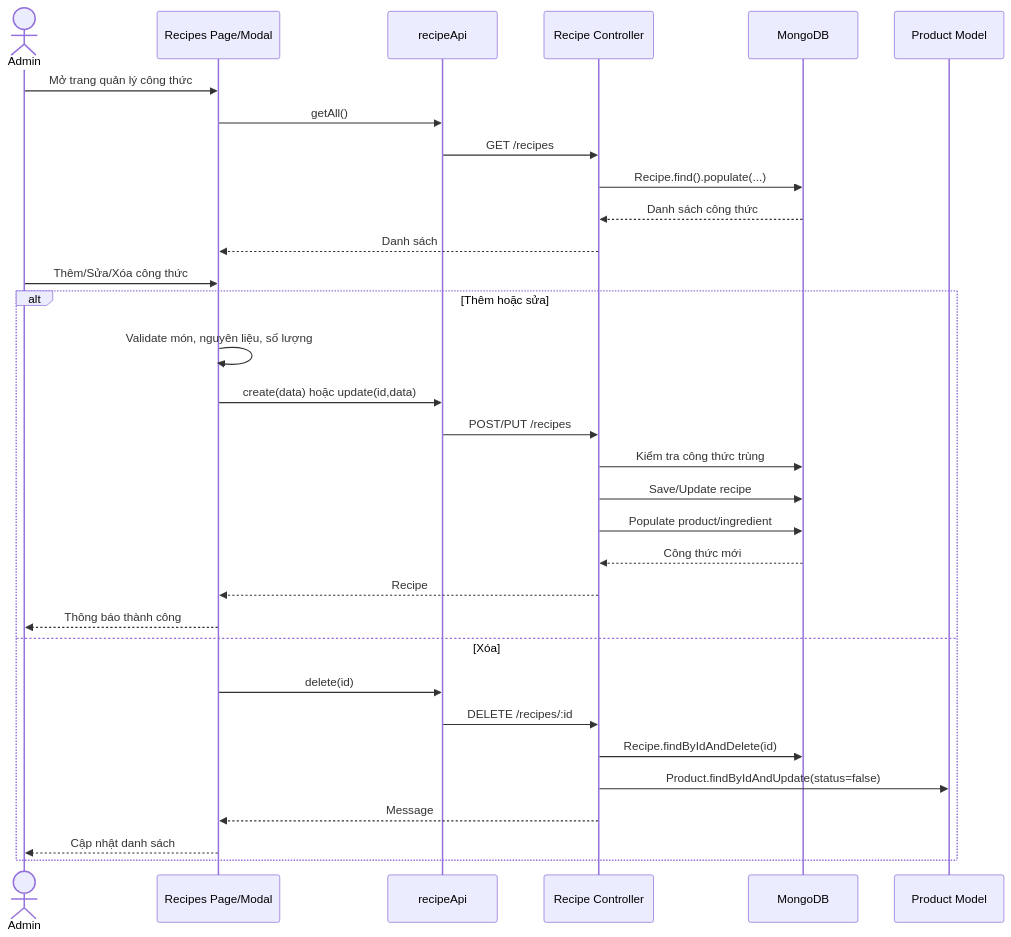
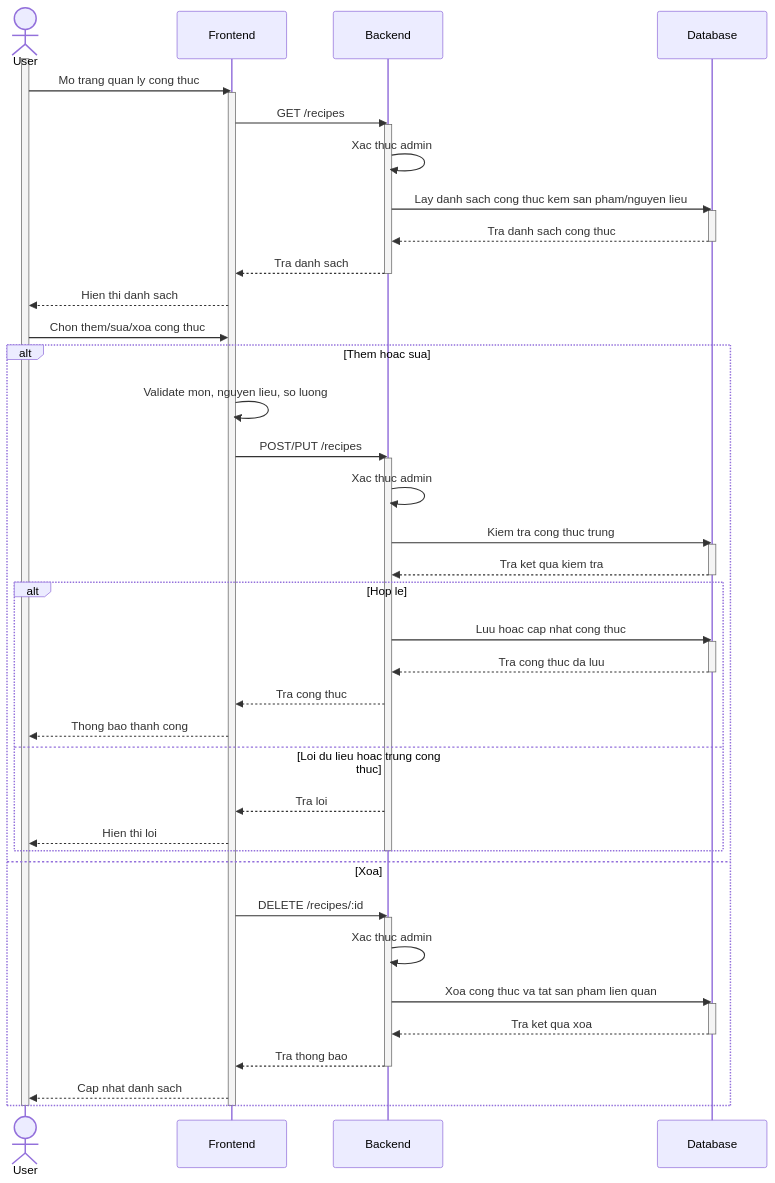
Before and after one commit to Pvmvn/BE-CDTN: diagram 13 of 48 in docs/usecase-dac-ta-chuc-nang-con-lai.md, drawn with Mermaid. The commit also changed other lines of this file and 32 other files, not shown here.

````diff
--- a/docs/usecase-dac-ta-chuc-nang-con-lai.md
+++ b/docs/usecase-dac-ta-chuc-nang-con-lai.md
@@ -187,34 +1334,58 @@
 ```mermaid
 sequenceDiagram
-  actor Admin as Admin
-  participant FE as Recipes Page/Modal
-  participant API as recipeApi
-  participant RecipeCtrl as Recipe Controller
-  participant DB as MongoDB
-  participant Product as Product Model
-  Admin->>FE: Mở trang quản lý công thức
-  FE->>API: getAll()
-  API->>RecipeCtrl: GET /recipes
-  RecipeCtrl->>DB: Recipe.find().populate(...)
-  DB-->>RecipeCtrl: Danh sách công thức
-  RecipeCtrl-->>FE: Danh sách
-  Admin->>FE: Thêm/Sửa/Xóa công thức
-  alt Thêm hoặc sửa
-    FE->>FE: Validate món, nguyên liệu, số lượng
-    FE->>API: create(data) hoặc update(id,data)
-    API->>RecipeCtrl: POST/PUT /recipes
-    RecipeCtrl->>DB: Kiểm tra công thức trùng
-    RecipeCtrl->>DB: Save/Update recipe
-    RecipeCtrl->>DB: Populate product/ingredient
-    DB-->>RecipeCtrl: Công thức mới
-    RecipeCtrl-->>FE: Recipe
-    FE-->>Admin: Thông báo thành công
-  else Xóa
-    FE->>API: delete(id)
-    API->>RecipeCtrl: DELETE /recipes/:id
-    RecipeCtrl->>DB: Recipe.findByIdAndDelete(id)
-    RecipeCtrl->>Product: Product.findByIdAndUpdate(status=false)
-    RecipeCtrl-->>FE: Message
-    FE-->>Admin: Cập nhật danh sách
+  actor User as User
+  participant FE as Frontend
+  participant BE as Backend
+  participant DB as Database
+
+  activate User
+  User->>FE: Mo trang quan ly cong thuc
+  activate FE
+  FE->>BE: GET /recipes
+  activate BE
+  BE->>BE: Xac thuc admin
+  BE->>DB: Lay danh sach cong thuc kem san pham/nguyen lieu
+  activate DB
+  DB-->>BE: Tra danh sach cong thuc
+  deactivate DB
+  BE-->>FE: Tra danh sach
+  deactivate BE
+  FE-->>User: Hien thi danh sach
+
+  User->>FE: Chon them/sua/xoa cong thuc
+  alt Them hoac sua
+    FE->>FE: Validate mon, nguyen lieu, so luong
+    FE->>BE: POST/PUT /recipes
+    activate BE
+    BE->>BE: Xac thuc admin
+    BE->>DB: Kiem tra cong thuc trung
+    activate DB
+    DB-->>BE: Tra ket qua kiem tra
+    deactivate DB
+    alt Hop le
+      BE->>DB: Luu hoac cap nhat cong thuc
+      activate DB
+      DB-->>BE: Tra cong thuc da luu
+      deactivate DB
+      BE-->>FE: Tra cong thuc
+      FE-->>User: Thong bao thanh cong
+    else Loi du lieu hoac trung cong thuc
+      BE-->>FE: Tra loi
+      FE-->>User: Hien thi loi
+    end
+    deactivate BE
+  else Xoa
+    FE->>BE: DELETE /recipes/:id
+    activate BE
+    BE->>BE: Xac thuc admin
+    BE->>DB: Xoa cong thuc va tat san pham lien quan
+    activate DB
+    DB-->>BE: Tra ket qua xoa
+    deactivate DB
+    BE-->>FE: Tra thong bao
+    deactivate BE
+    FE-->>User: Cap nhat danh sach
   end
+  deactivate FE
+  deactivate User
 ```
````
